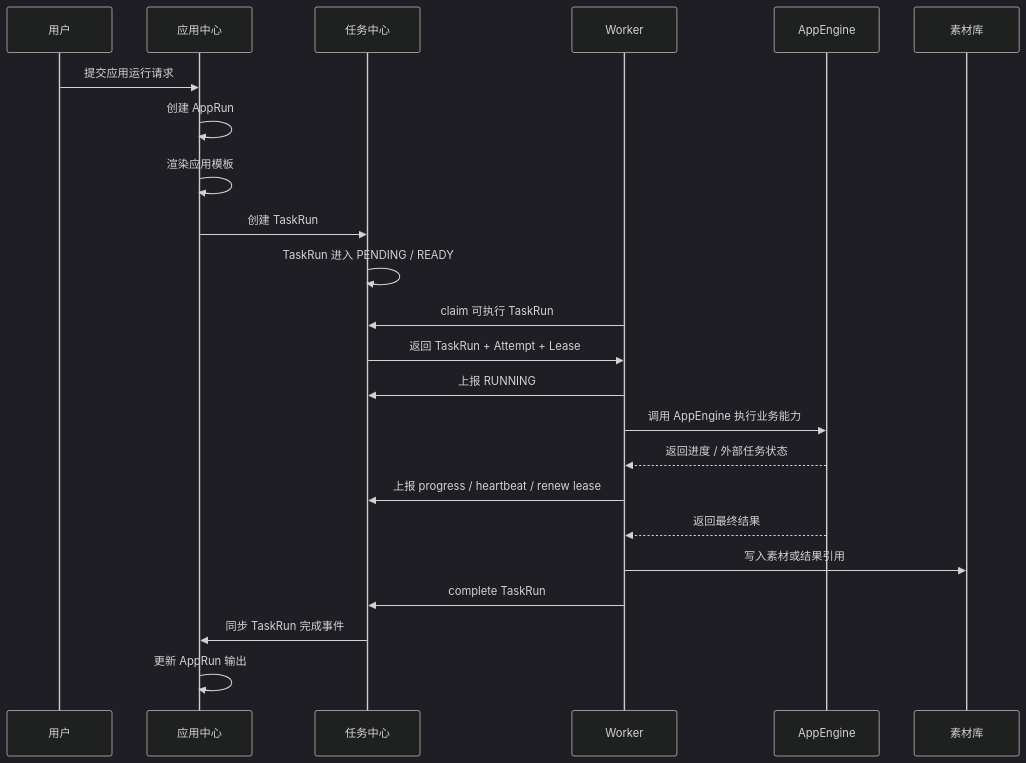
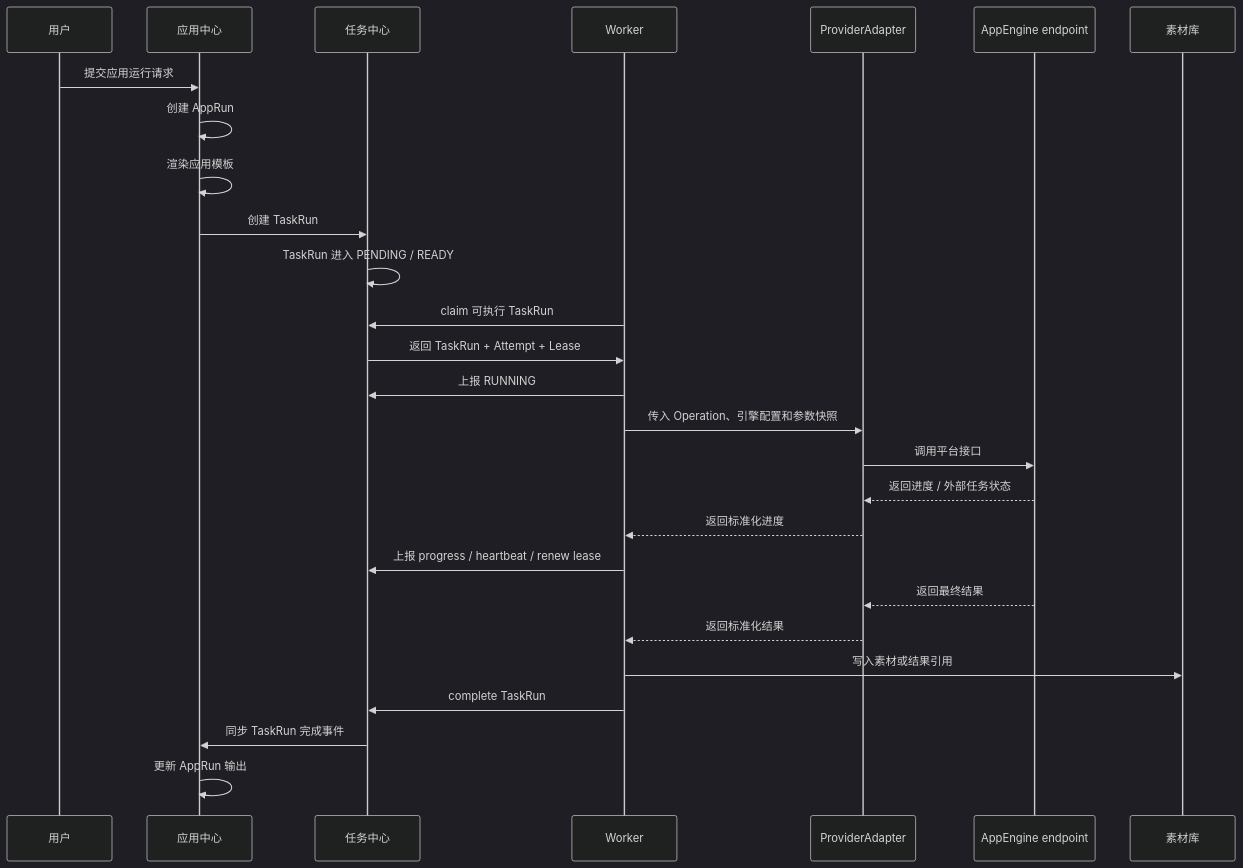
One commit to wangweihong/omnimam-spec changed the second of 7 diagrams in 00_product/domains/task-center/product-spec.md. Above: the diagram before and after it, drawn with Mermaid (dark theme). The commit also changed other lines of this file and 2 other files, not shown here.

````diff
--- a/00_product/domains/task-center/product-spec.md
+++ b/00_product/domains/task-center/product-spec.md
@@ -836,26 +847,30 @@
 ```mermaid
 sequenceDiagram
     participant User as 用户
     participant App as 应用中心
     participant Task as 任务中心
     participant Worker as Worker
-    participant Engine as AppEngine
+    participant Adapter as ProviderAdapter
+    participant Engine as AppEngine endpoint
     participant Asset as 素材库
 
     User->>App: 提交应用运行请求
     App->>App: 创建 AppRun
     App->>App: 渲染应用模板
     App->>Task: 创建 TaskRun
     Task->>Task: TaskRun 进入 PENDING / READY
     Worker->>Task: claim 可执行 TaskRun
     Task->>Worker: 返回 TaskRun + Attempt + Lease
     Worker->>Task: 上报 RUNNING
-    Worker->>Engine: 调用 AppEngine 执行业务能力
-    Engine-->>Worker: 返回进度 / 外部任务状态
+    Worker->>Adapter: 传入 Operation、引擎配置和参数快照
+    Adapter->>Engine: 调用平台接口
+    Engine-->>Adapter: 返回进度 / 外部任务状态
+    Adapter-->>Worker: 返回标准化进度
     Worker->>Task: 上报 progress / heartbeat / renew lease
-    Engine-->>Worker: 返回最终结果
+    Engine-->>Adapter: 返回最终结果
+    Adapter-->>Worker: 返回标准化结果
     Worker->>Asset: 写入素材或结果引用
     Worker->>Task: complete TaskRun
     Task->>App: 同步 TaskRun 完成事件
     App->>App: 更新 AppRun 输出
 ```
````
